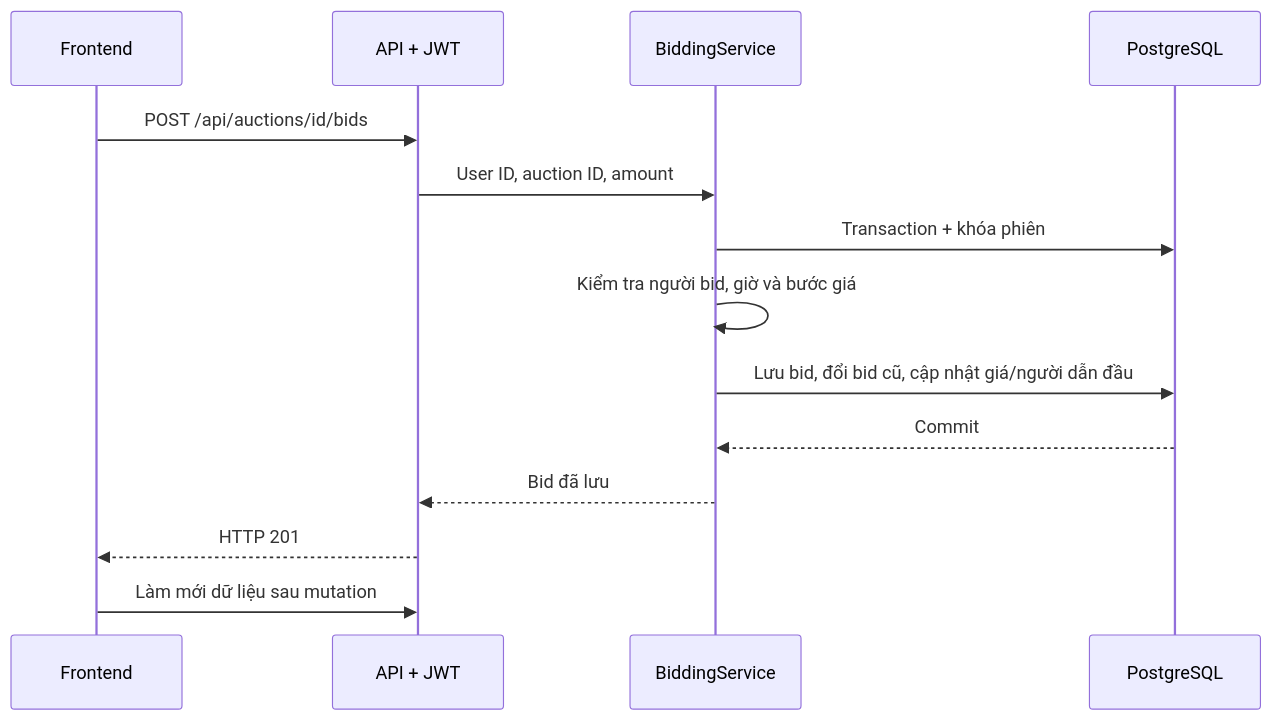
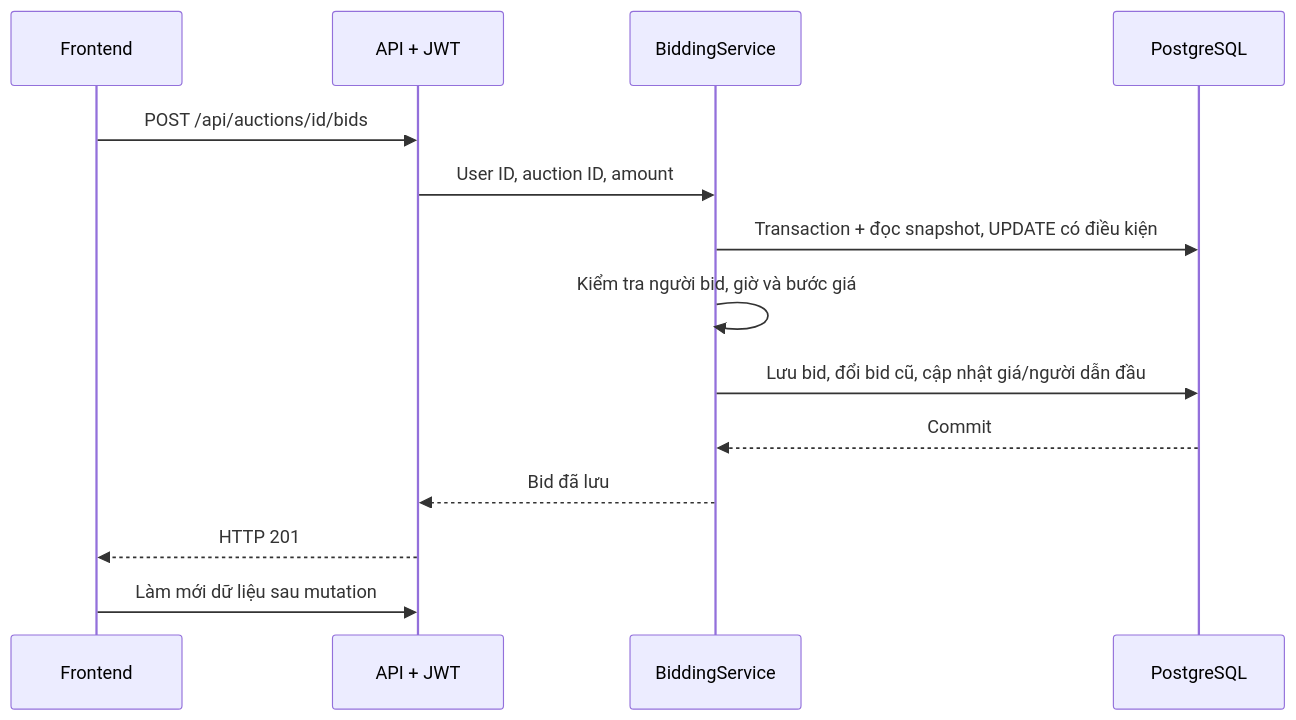
One commit to Loistarva/KTPM changed the second of 2 diagrams in docs/NGHIEP_VU.md. Above: the diagram before and after it, drawn with Mermaid. The commit also changed other lines of this file and 66 other files, not shown here.

Commit message:
Improve auction concurrency, realtime architecture, and UI

````diff
--- a/docs/NGHIEP_VU.md
+++ b/docs/NGHIEP_VU.md
@@ -30,16 +30,16 @@
 ```mermaid
 sequenceDiagram
     participant U as Frontend
     participant A as API + JWT
     participant S as BiddingService
     participant D as PostgreSQL
     U->>A: POST /api/auctions/id/bids
     A->>S: User ID, auction ID, amount
-    S->>D: Transaction + khóa phiên
+    S->>D: Transaction + đọc snapshot, UPDATE có điều kiện
     S->>S: Kiểm tra người bid, giờ và bước giá
     S->>D: Lưu bid, đổi bid cũ, cập nhật giá/người dẫn đầu
     D-->>S: Commit
     S-->>A: Bid đã lưu
     A-->>U: HTTP 201
     U->>A: Làm mới dữ liệu sau mutation
 ```
````
